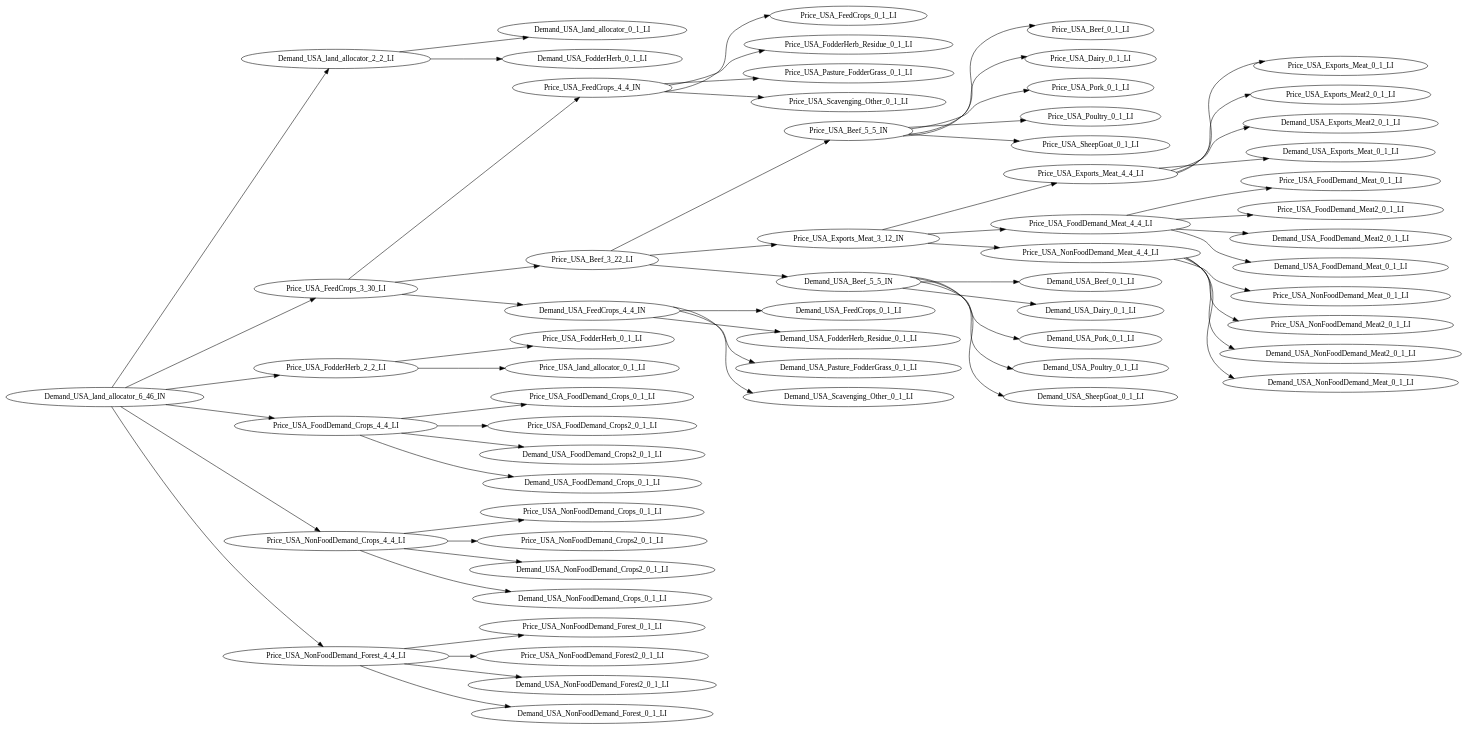
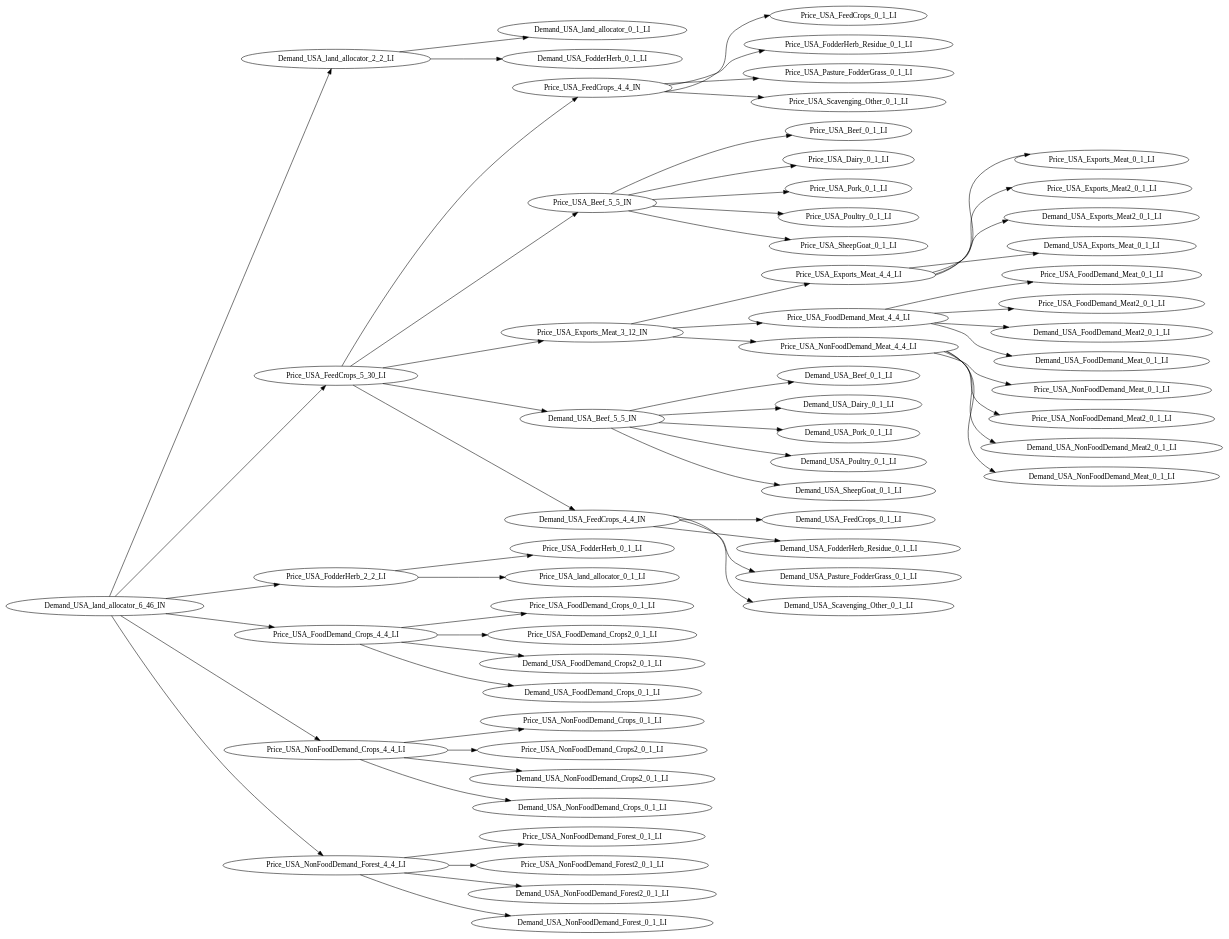
One commit to rplzzz/tgraph changed the diagram in output/gcam-usa-c1-clans.dot. Above: the diagram before and after it, drawn with Graphviz. The commit also changed 3 other files, not shown here.

```diff
--- a/output/gcam-usa-c1-clans.dot
+++ b/output/gcam-usa-c1-clans.dot
@@ -1,64 +1,63 @@
 digraph ClanTree {
 rankdir=LR
 Demand_USA_land_allocator_6_46_IN -> Demand_USA_land_allocator_2_2_LI;
 Demand_USA_land_allocator_2_2_LI -> Demand_USA_land_allocator_0_1_LI;
 Demand_USA_land_allocator_2_2_LI -> Demand_USA_FodderHerb_0_1_LI;
-Demand_USA_land_allocator_6_46_IN -> Price_USA_FeedCrops_3_30_LI;
-Price_USA_FeedCrops_3_30_LI -> Price_USA_FeedCrops_4_4_IN;
+Demand_USA_land_allocator_6_46_IN -> Price_USA_FeedCrops_5_30_LI;
+Price_USA_FeedCrops_5_30_LI -> Price_USA_FeedCrops_4_4_IN;
 Price_USA_FeedCrops_4_4_IN -> Price_USA_FeedCrops_0_1_LI;
 Price_USA_FeedCrops_4_4_IN -> Price_USA_FodderHerb_Residue_0_1_LI;
 Price_USA_FeedCrops_4_4_IN -> Price_USA_Pasture_FodderGrass_0_1_LI;
 Price_USA_FeedCrops_4_4_IN -> Price_USA_Scavenging_Other_0_1_LI;
-Price_USA_FeedCrops_3_30_LI -> Price_USA_Beef_3_22_LI;
-Price_USA_Beef_3_22_LI -> Price_USA_Beef_5_5_IN;
+Price_USA_FeedCrops_5_30_LI -> Price_USA_Beef_5_5_IN;
 Price_USA_Beef_5_5_IN -> Price_USA_Beef_0_1_LI;
 Price_USA_Beef_5_5_IN -> Price_USA_Dairy_0_1_LI;
 Price_USA_Beef_5_5_IN -> Price_USA_Pork_0_1_LI;
 Price_USA_Beef_5_5_IN -> Price_USA_Poultry_0_1_LI;
 Price_USA_Beef_5_5_IN -> Price_USA_SheepGoat_0_1_LI;
-Price_USA_Beef_3_22_LI -> Price_USA_Exports_Meat_3_12_IN;
+Price_USA_FeedCrops_5_30_LI -> Price_USA_Exports_Meat_3_12_IN;
 Price_USA_Exports_Meat_3_12_IN -> Price_USA_Exports_Meat_4_4_LI;
 Price_USA_Exports_Meat_4_4_LI -> Price_USA_Exports_Meat_0_1_LI;
 Price_USA_Exports_Meat_4_4_LI -> Price_USA_Exports_Meat2_0_1_LI;
 Price_USA_Exports_Meat_4_4_LI -> Demand_USA_Exports_Meat2_0_1_LI;
 Price_USA_Exports_Meat_4_4_LI -> Demand_USA_Exports_Meat_0_1_LI;
 Price_USA_Exports_Meat_3_12_IN -> Price_USA_FoodDemand_Meat_4_4_LI;
 Price_USA_FoodDemand_Meat_4_4_LI -> Price_USA_FoodDemand_Meat_0_1_LI;
 Price_USA_FoodDemand_Meat_4_4_LI -> Price_USA_FoodDemand_Meat2_0_1_LI;
 Price_USA_FoodDemand_Meat_4_4_LI -> Demand_USA_FoodDemand_Meat2_0_1_LI;
 Price_USA_FoodDemand_Meat_4_4_LI -> Demand_USA_FoodDemand_Meat_0_1_LI;
 Price_USA_Exports_Meat_3_12_IN -> Price_USA_NonFoodDemand_Meat_4_4_LI;
 Price_USA_NonFoodDemand_Meat_4_4_LI -> Price_USA_NonFoodDemand_Meat_0_1_LI;
 Price_USA_NonFoodDemand_Meat_4_4_LI -> Price_USA_NonFoodDemand_Meat2_0_1_LI;
 Price_USA_NonFoodDemand_Meat_4_4_LI -> Demand_USA_NonFoodDemand_Meat2_0_1_LI;
 Price_USA_NonFoodDemand_Meat_4_4_LI -> Demand_USA_NonFoodDemand_Meat_0_1_LI;
-Price_USA_Beef_3_22_LI -> Demand_USA_Beef_5_5_IN;
+Price_USA_FeedCrops_5_30_LI -> Demand_USA_Beef_5_5_IN;
 Demand_USA_Beef_5_5_IN -> Demand_USA_Beef_0_1_LI;
 Demand_USA_Beef_5_5_IN -> Demand_USA_Dairy_0_1_LI;
 Demand_USA_Beef_5_5_IN -> Demand_USA_Pork_0_1_LI;
 Demand_USA_Beef_5_5_IN -> Demand_USA_Poultry_0_1_LI;
 Demand_USA_Beef_5_5_IN -> Demand_USA_SheepGoat_0_1_LI;
-Price_USA_FeedCrops_3_30_LI -> Demand_USA_FeedCrops_4_4_IN;
+Price_USA_FeedCrops_5_30_LI -> Demand_USA_FeedCrops_4_4_IN;
 Demand_USA_FeedCrops_4_4_IN -> Demand_USA_FeedCrops_0_1_LI;
 Demand_USA_FeedCrops_4_4_IN -> Demand_USA_FodderHerb_Residue_0_1_LI;
 Demand_USA_FeedCrops_4_4_IN -> Demand_USA_Pasture_FodderGrass_0_1_LI;
 Demand_USA_FeedCrops_4_4_IN -> Demand_USA_Scavenging_Other_0_1_LI;
 Demand_USA_land_allocator_6_46_IN -> Price_USA_FodderHerb_2_2_LI;
 Price_USA_FodderHerb_2_2_LI -> Price_USA_FodderHerb_0_1_LI;
 Price_USA_FodderHerb_2_2_LI -> Price_USA_land_allocator_0_1_LI;
 Demand_USA_land_allocator_6_46_IN -> Price_USA_FoodDemand_Crops_4_4_LI;
 Price_USA_FoodDemand_Crops_4_4_LI -> Price_USA_FoodDemand_Crops_0_1_LI;
 Price_USA_FoodDemand_Crops_4_4_LI -> Price_USA_FoodDemand_Crops2_0_1_LI;
 Price_USA_FoodDemand_Crops_4_4_LI -> Demand_USA_FoodDemand_Crops2_0_1_LI;
 Price_USA_FoodDemand_Crops_4_4_LI -> Demand_USA_FoodDemand_Crops_0_1_LI;
 Demand_USA_land_allocator_6_46_IN -> Price_USA_NonFoodDemand_Crops_4_4_LI;
 Price_USA_NonFoodDemand_Crops_4_4_LI -> Price_USA_NonFoodDemand_Crops_0_1_LI;
 Price_USA_NonFoodDemand_Crops_4_4_LI -> Price_USA_NonFoodDemand_Crops2_0_1_LI;
 Price_USA_NonFoodDemand_Crops_4_4_LI -> Demand_USA_NonFoodDemand_Crops2_0_1_LI;
 Price_USA_NonFoodDemand_Crops_4_4_LI -> Demand_USA_NonFoodDemand_Crops_0_1_LI;
 Demand_USA_land_allocator_6_46_IN -> Price_USA_NonFoodDemand_Forest_4_4_LI;
 Price_USA_NonFoodDemand_Forest_4_4_LI -> Price_USA_NonFoodDemand_Forest_0_1_LI;
 Price_USA_NonFoodDemand_Forest_4_4_LI -> Price_USA_NonFoodDemand_Forest2_0_1_LI;
 Price_USA_NonFoodDemand_Forest_4_4_LI -> Demand_USA_NonFoodDemand_Forest2_0_1_LI;
 Price_USA_NonFoodDemand_Forest_4_4_LI -> Demand_USA_NonFoodDemand_Forest_0_1_LI;
 }
```
